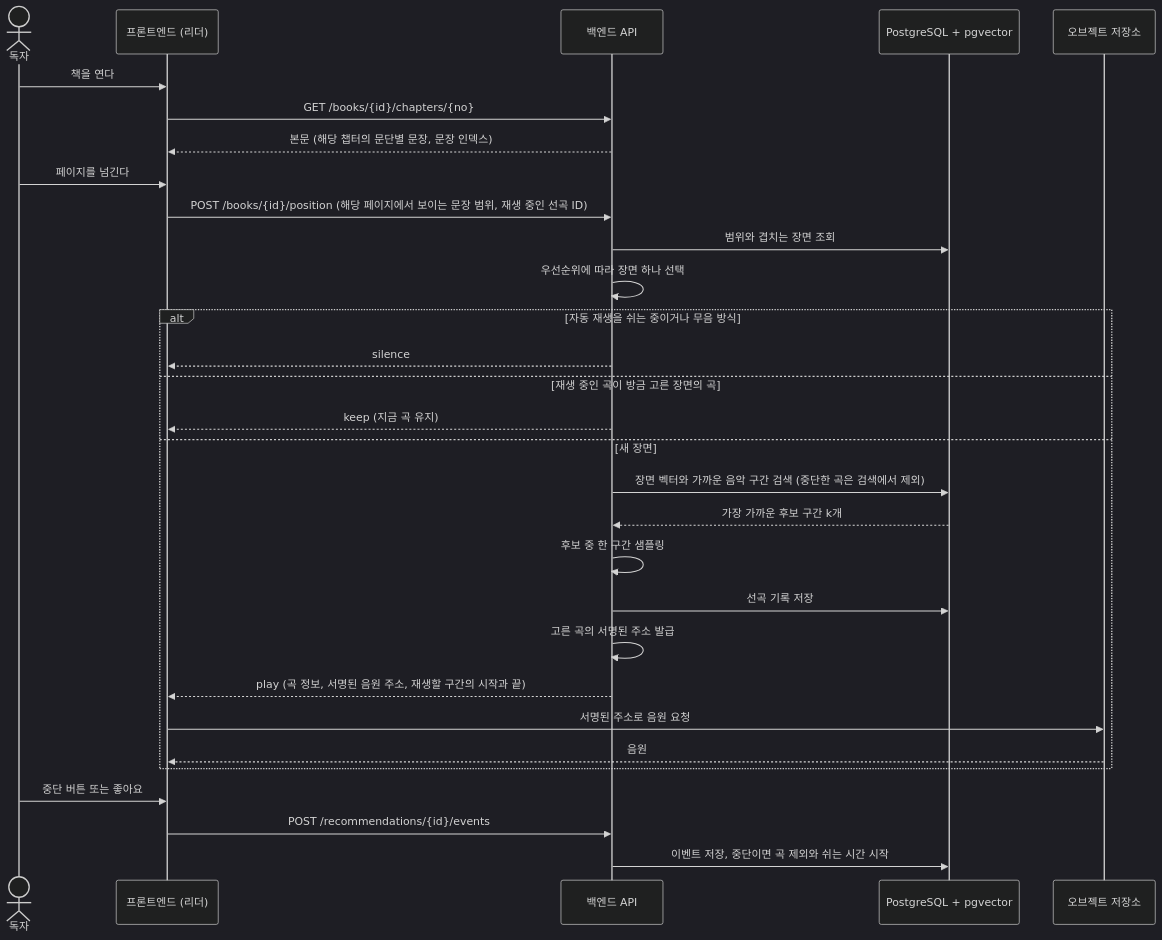
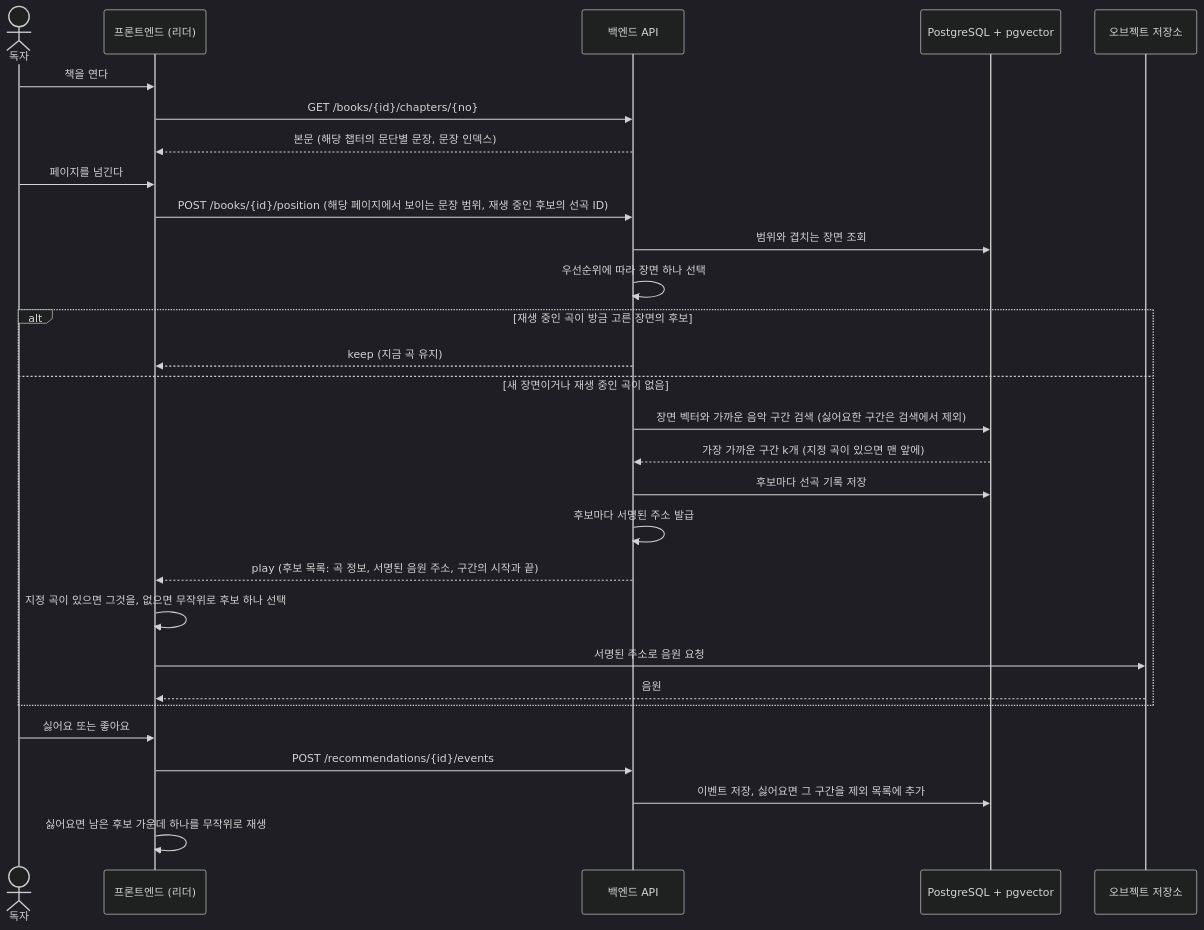
One commit to diegesis-labs/BE changed the second of 6 diagrams in docs/ARCHITECTURE.md. Above: the diagram before and after it, drawn with Mermaid (dark theme). The commit also changed other lines of this file and 11 other files, not shown here.

````diff
--- a/docs/ARCHITECTURE.md
+++ b/docs/ARCHITECTURE.md
@@ -67,33 +67,32 @@
 ```mermaid
 sequenceDiagram
   actor U as 독자
   participant FE as 프론트엔드 (리더)
   participant BE as 백엔드 API
   participant DB as PostgreSQL + pgvector
   participant OS as 오브젝트 저장소
 
   U->>FE: 책을 연다
   FE->>BE: GET /books/{id}/chapters/{no}
   BE-->>FE: 본문 (해당 챕터의 문단별 문장, 문장 인덱스)
   U->>FE: 페이지를 넘긴다
-  FE->>BE: POST /books/{id}/position (해당 페이지에서 보이는 문장 범위, 재생 중인 선곡 ID)
+  FE->>BE: POST /books/{id}/position (해당 페이지에서 보이는 문장 범위, 재생 중인 후보의 선곡 ID)
   BE->>DB: 범위와 겹치는 장면 조회
   BE->>BE: 우선순위에 따라 장면 하나 선택
-  alt 자동 재생을 쉬는 중이거나 무음 방식
-    BE-->>FE: silence
-  else 재생 중인 곡이 방금 고른 장면의 곡
+  alt 재생 중인 곡이 방금 고른 장면의 후보
     BE-->>FE: keep (지금 곡 유지)
-  else 새 장면
-    BE->>DB: 장면 벡터와 가까운 음악 구간 검색 (중단한 곡은 검색에서 제외)
-    DB-->>BE: 가장 가까운 후보 구간 k개
-    BE->>BE: 후보 중 한 구간 샘플링
-    BE->>DB: 선곡 기록 저장
-    BE->>BE: 고른 곡의 서명된 주소 발급
-    BE-->>FE: play (곡 정보, 서명된 음원 주소, 재생할 구간의 시작과 끝)
+  else 새 장면이거나 재생 중인 곡이 없음
+    BE->>DB: 장면 벡터와 가까운 음악 구간 검색 (싫어요한 구간은 검색에서 제외)
+    DB-->>BE: 가장 가까운 구간 k개 (지정 곡이 있으면 맨 앞에)
+    BE->>DB: 후보마다 선곡 기록 저장
+    BE->>BE: 후보마다 서명된 주소 발급
+    BE-->>FE: play (후보 목록: 곡 정보, 서명된 음원 주소, 구간의 시작과 끝)
+    FE->>FE: 지정 곡이 있으면 그것을, 없으면 무작위로 후보 하나 선택
     FE->>OS: 서명된 주소로 음원 요청
     OS-->>FE: 음원
   end
-  U->>FE: 중단 버튼 또는 좋아요
+  U->>FE: 싫어요 또는 좋아요
   FE->>BE: POST /recommendations/{id}/events
-  BE->>DB: 이벤트 저장, 중단이면 곡 제외와 쉬는 시간 시작
+  BE->>DB: 이벤트 저장, 싫어요면 그 구간을 제외 목록에 추가
+  FE->>FE: 싫어요면 남은 후보 가운데 하나를 무작위로 재생
 ```
````
